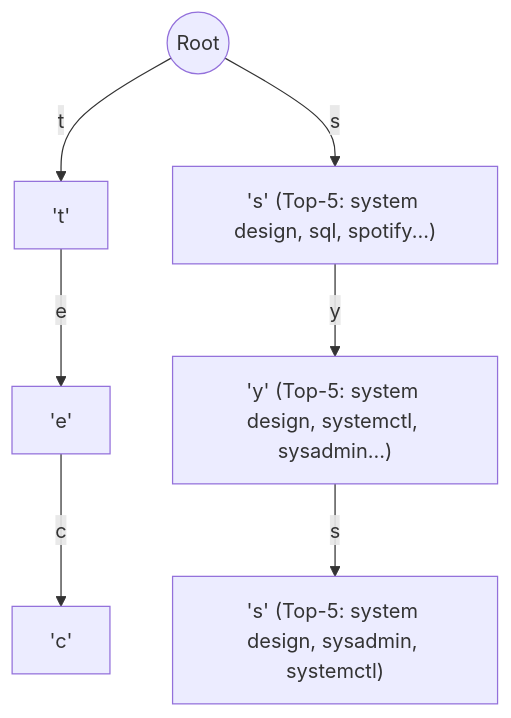
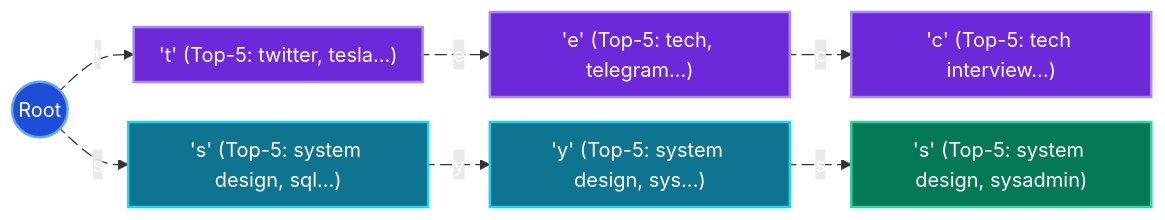
The second of 4 diagrams in system-design/autocomplete-search.md (tarunbatta/tech-interview-prep), drawn with Mermaid before and after one commit. The commit also changed other lines of this file and 30 other files, not shown here.

First line of the commit message:
docs(system-design): convert Mermaid flowcharts to LR with colors and animated edges

````diff
--- a/system-design/autocomplete-search.md
+++ b/system-design/autocomplete-search.md
@@ -99,16 +129,34 @@
 ```mermaid
-flowchart TD
+%%{init: {'flowchart': {'nodeSpacing': 20, 'rankSpacing': 40, 'padding': 10}}}%%
+flowchart LR
     Root(("Root"))
-    NodeT["'t'"]
-    NodeE["'e'"]
-    NodeC["'c'"]
-    NodeS["'s' (Top-5: system design, sql, spotify...)"]
-    NodeY["'y' (Top-5: system design, systemctl, sysadmin...)"]
-    NodeSys["'s' (Top-5: system design, sysadmin, systemctl)"]
-    Root -->|"t"| NodeT
-    NodeT -->|"e"| NodeE
-    NodeE -->|"c"| NodeC
-    Root -->|"s"| NodeS
-    NodeS -->|"y"| NodeY
-    NodeY -->|"s"| NodeSys
+    NodeT["'t' (Top-5: twitter, tesla...)"]
+    NodeE["'e' (Top-5: tech, telegram...)"]
+    NodeC["'c' (Top-5: tech interview...)"]
+    NodeS["'s' (Top-5: system design, sql...)"]
+    NodeY["'y' (Top-5: system design, sys...)"]
+    NodeSys["'s' (Top-5: system design, sysadmin)"]
+    Root e1@-->|"t"| NodeT
+    NodeT e2@-->|"e"| NodeE
+    NodeE e3@-->|"c"| NodeC
+    Root e4@-->|"s"| NodeS
+    NodeS e5@-->|"y"| NodeY
+    NodeY e6@-->|"s"| NodeSys
+
+    e1@{ animate: true }
+    e2@{ animate: true }
+    e3@{ animate: true }
+    e4@{ animate: true }
+    e5@{ animate: true }
+    e6@{ animate: true }
+
+    classDef root fill:#1d4ed8,stroke:#60a5fa,stroke-width:2px,color:#ffffff
+    classDef branchT fill:#6d28d9,stroke:#a78bfa,stroke-width:2px,color:#ffffff
+    classDef branchS fill:#0e7490,stroke:#22d3ee,stroke-width:2px,color:#ffffff
+    classDef target fill:#047857,stroke:#34d399,stroke-width:2px,color:#ffffff
+
+    class Root root
+    class NodeT,NodeE,NodeC branchT
+    class NodeS,NodeY branchS
+    class NodeSys target
 ```
````
